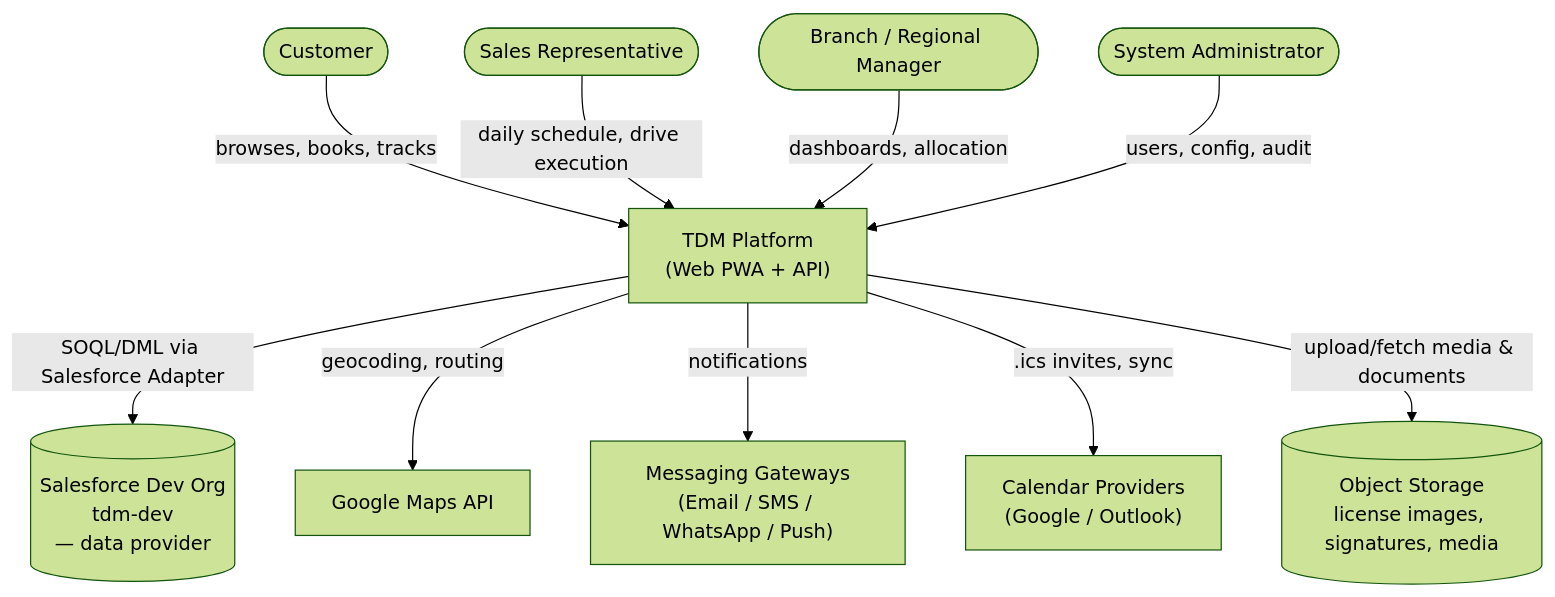
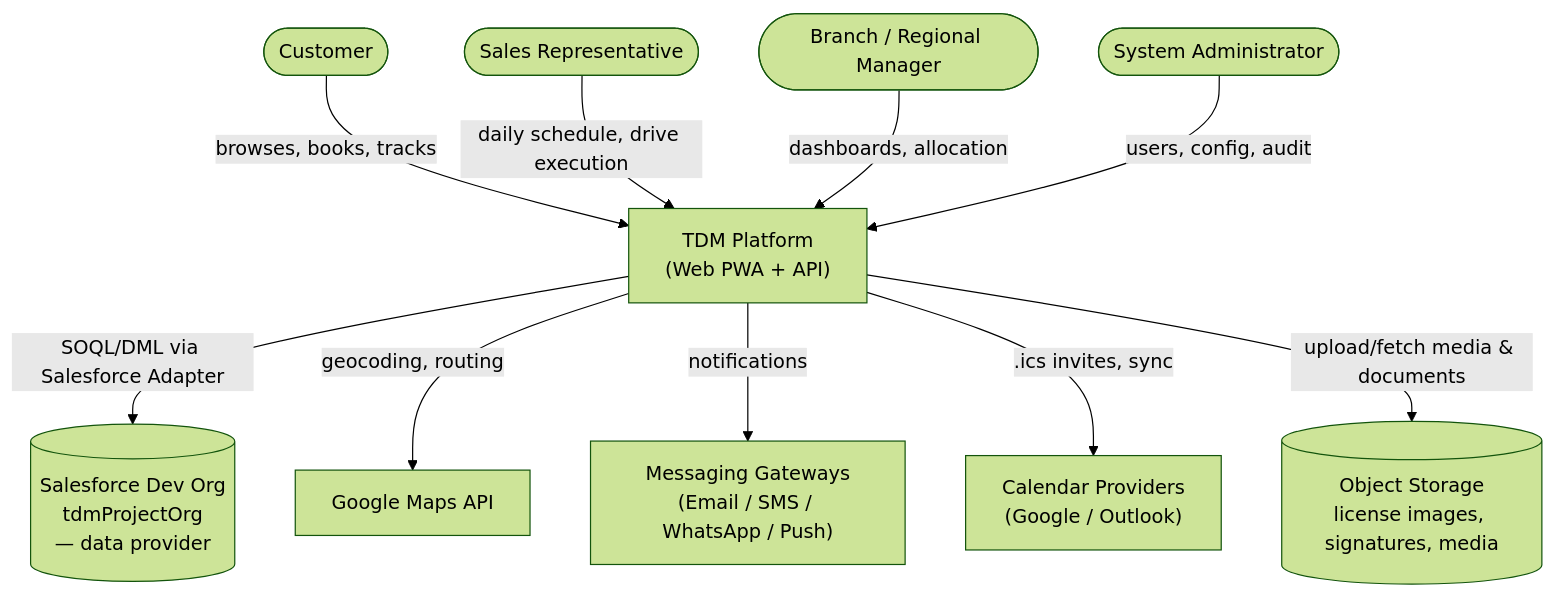
Before and after one commit to VishalBhatt2411/TDM-Project: the first of 2 diagrams in docs/06-system-architecture.md, drawn with Mermaid (forest theme). The commit also changed other lines of this file and 258 other files, not shown here.

````diff
--- a/docs/06-system-architecture.md
+++ b/docs/06-system-architecture.md
@@ -7,26 +7,26 @@
 ```mermaid
 graph TB
     Customer(["Customer"])
     Rep(["Sales Representative"])
     Manager(["Branch / Regional Manager"])
     Admin(["System Administrator"])
 
     TDM["TDM Platform<br/>(Web PWA + API)"]
 
-    SF[("Salesforce Dev Org<br/>tdm-dev<br/>— data provider")]
+    SF[("Salesforce Dev Org<br/>tdmProjectOrg<br/>— data provider")]
     Maps["Google Maps API"]
     Msg["Messaging Gateways<br/>(Email / SMS / WhatsApp / Push)"]
     Cal["Calendar Providers<br/>(Google / Outlook)"]
     Storage[("Object Storage<br/>license images, signatures, media")]
 
     Customer -->|browses, books, tracks| TDM
     Rep -->|daily schedule, drive execution| TDM
     Manager -->|dashboards, allocation| TDM
     Admin -->|users, config, audit| TDM
 
     TDM -->|SOQL/DML via Salesforce Adapter| SF
     TDM -->|geocoding, routing| Maps
     TDM -->|notifications| Msg
     TDM -->|.ics invites, sync| Cal
     TDM -->|upload/fetch media & documents| Storage
 ```
````
